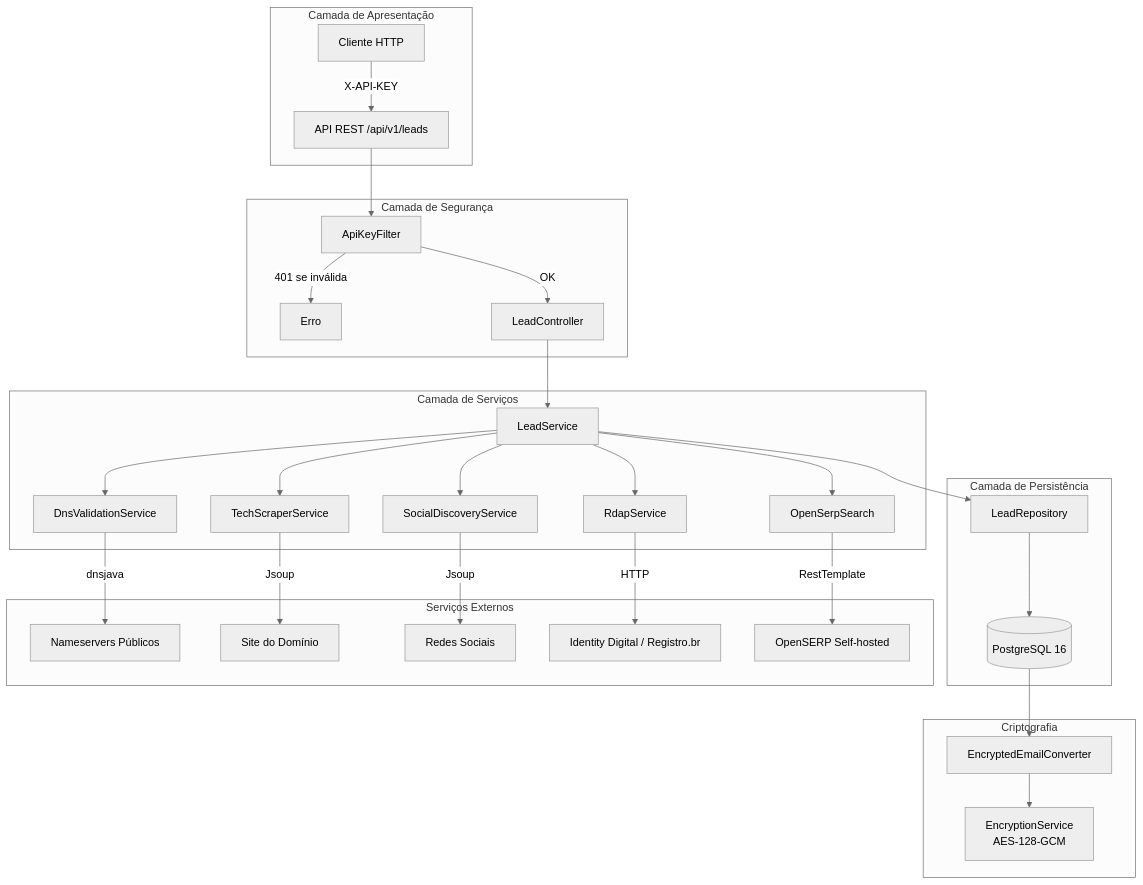
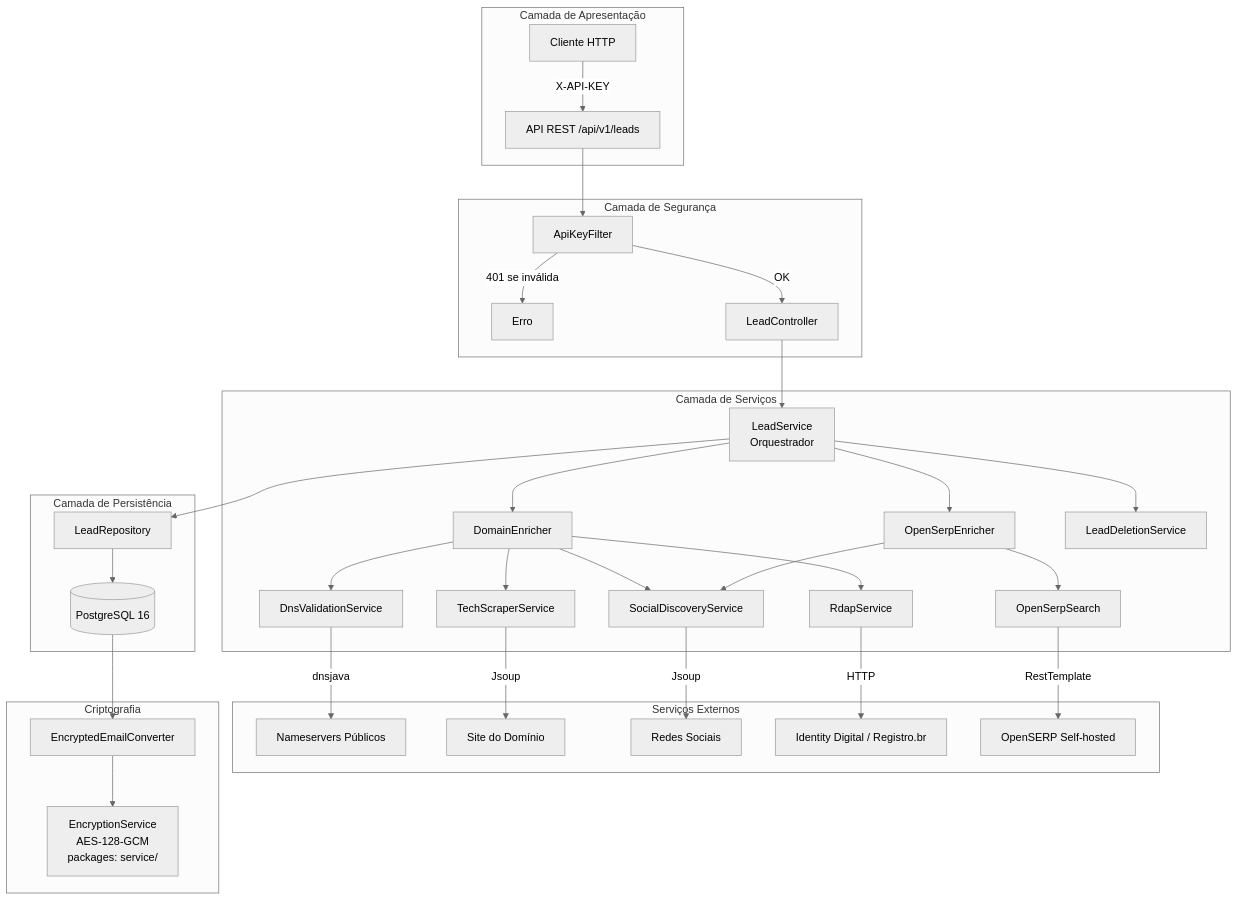
One commit to pdrodavi/lead-enrichment-api changed the first of 3 diagrams in docs/architecture.md. Above: the diagram before and after it, drawn with Mermaid (neutral theme). The commit also changed other lines of this file and 40 other files, not shown here.

````diff
--- a/docs/architecture.md
+++ b/docs/architecture.md
@@ -7,39 +7,43 @@
 ```mermaid
 graph TB
     subgraph "Camada de Apresentação"
         CLIENT[Cliente HTTP] -->|"X-API-KEY"| API[API REST /api/v1/leads]
     end
 
     subgraph "Camada de Segurança"
         API --> AKF[ApiKeyFilter]
         AKF -->|"401 se inválida"| ERR[Erro]
         AKF -->|"OK"| CTRL[LeadController]
     end
 
     subgraph "Camada de Serviços"
-        CTRL --> LS[LeadService]
-        LS --> DNS[DnsValidationService]
-        LS --> TSS[TechScraperService]
-        LS --> SDS[SocialDiscoveryService]
-        LS --> RS[RdapService]
-        LS --> OSS[OpenSerpSearch]
+        CTRL --> LS[LeadService<br/>Orquestrador]
+        LS --> OSE[OpenSerpEnricher]
+        LS --> DE[DomainEnricher]
+        LS --> LDS[LeadDeletionService]
+        OSE --> OSS[OpenSerpSearch]
+        OSE --> SDS[SocialDiscoveryService]
+        DE --> DNS[DnsValidationService]
+        DE --> TSS[TechScraperService]
+        DE --> SDS[SocialDiscoveryService]
+        DE --> RS[RdapService]
     end
 
     subgraph "Camada de Persistência"
         LS --> LR[LeadRepository]
         LR --> PG[(PostgreSQL 16)]
     end
 
     subgraph "Serviços Externos"
         DNS -->|"dnsjava"| NS[Nameservers Públicos]
         TSS -->|"Jsoup"| WEB[Site do Domínio]
         SDS -->|"Jsoup"| SOCIAL[Redes Sociais]
         RS -->|"HTTP"| RDAP[Identity Digital / Registro.br]
         OSS -->|"RestTemplate"| OS[OpenSERP Self-hosted]
     end
 
     subgraph "Criptografia"
         PG --> EEC[EncryptedEmailConverter]
-        EEC --> ES[EncryptionService<br/>AES-128-GCM]
+        EEC --> ES[EncryptionService<br/>AES-128-GCM<br/>packages: service/]
     end
 ```
````
